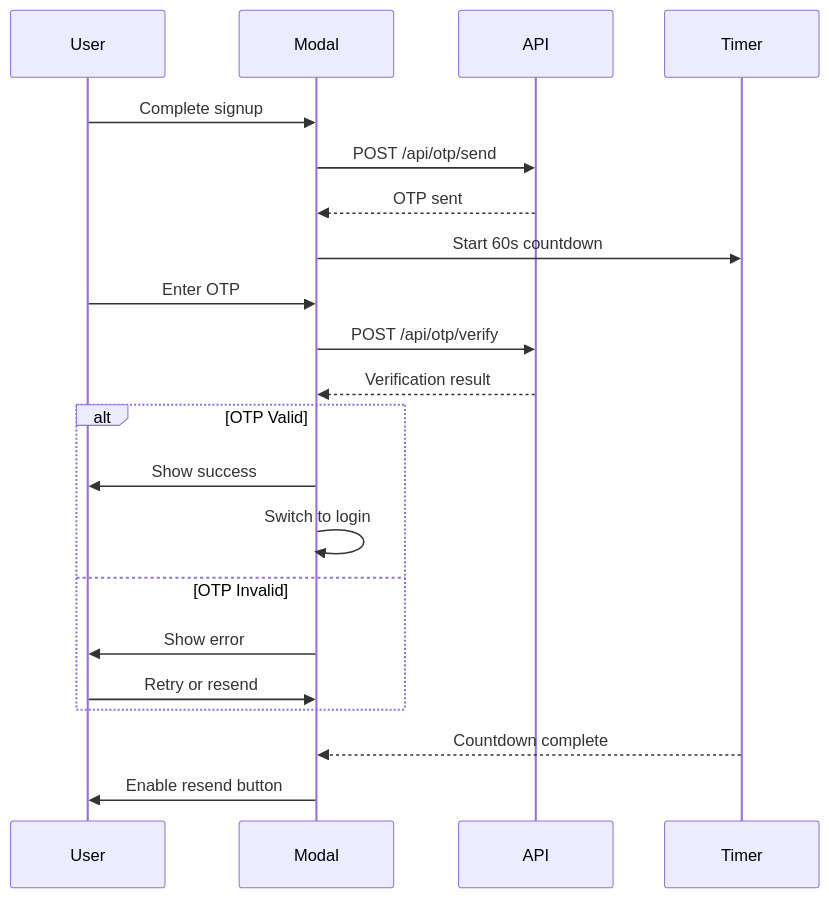
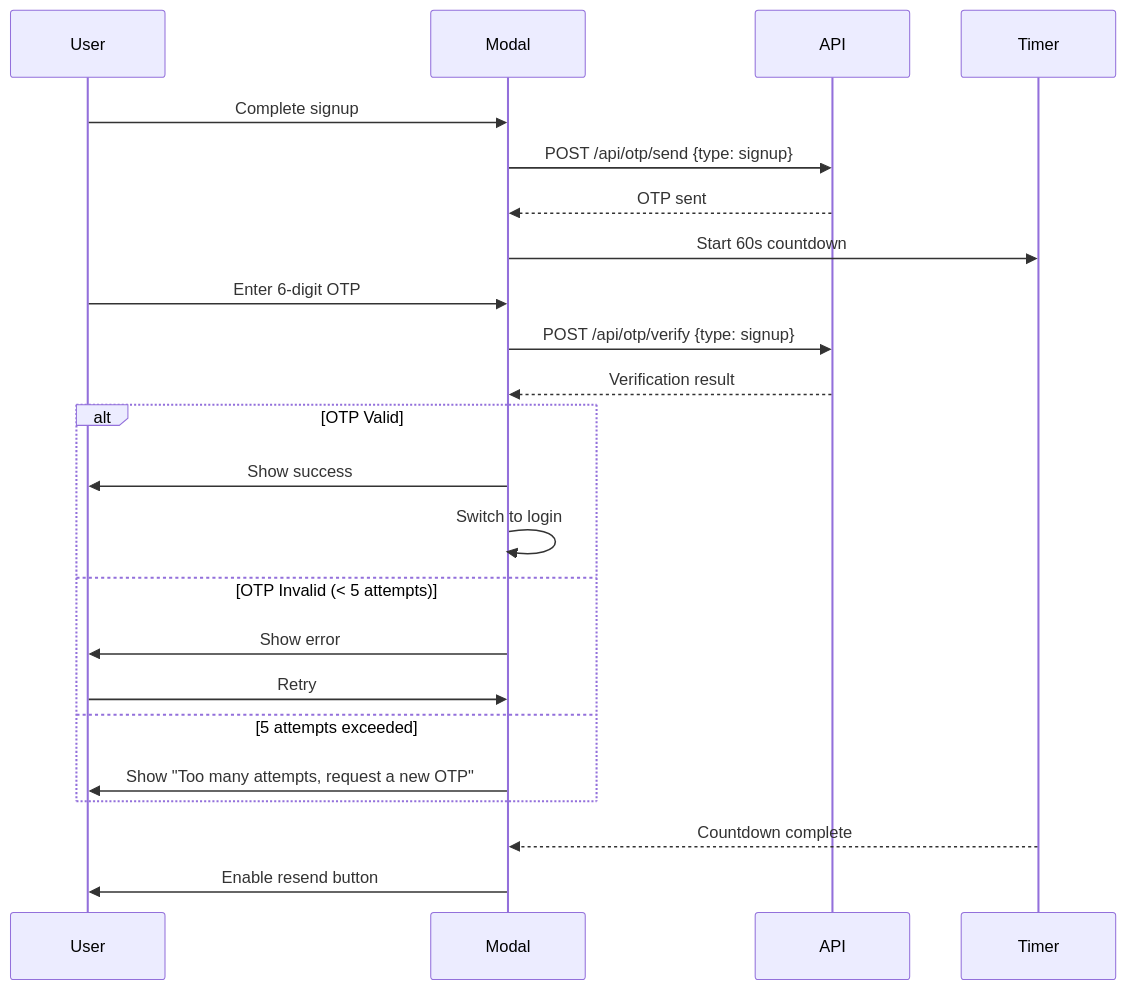
The ninth of 21 diagrams in users.md (hduraimurugan/cinema-app-docs), drawn with Mermaid before and after one commit. The commit also changed other lines of this file and 3 other files, not shown here.

Commit message:
feat: enhance customer authentication with account lockout, session management, and password reset flows

````diff
--- a/users.md
+++ b/users.md
@@ -334,27 +385,29 @@
 ```mermaid
 sequenceDiagram
     participant User
     participant Modal
     participant API
     participant Timer
 
     User->>Modal: Complete signup
-    Modal->>API: POST /api/otp/send
+    Modal->>API: POST /api/otp/send {type: signup}
     API-->>Modal: OTP sent
     Modal->>Timer: Start 60s countdown
 
-    User->>Modal: Enter OTP
-    Modal->>API: POST /api/otp/verify
+    User->>Modal: Enter 6-digit OTP
+    Modal->>API: POST /api/otp/verify {type: signup}
     API-->>Modal: Verification result
 
     alt OTP Valid
         Modal->>User: Show success
         Modal->>Modal: Switch to login
-    else OTP Invalid
+    else OTP Invalid (< 5 attempts)
         Modal->>User: Show error
-        User->>Modal: Retry or resend
+        User->>Modal: Retry
+    else 5 attempts exceeded
+        Modal->>User: Show "Too many attempts, request a new OTP"
     end
 
     Timer-->>Modal: Countdown complete
     Modal->>User: Enable resend button
 ```
````
